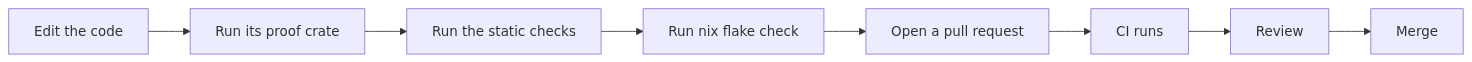
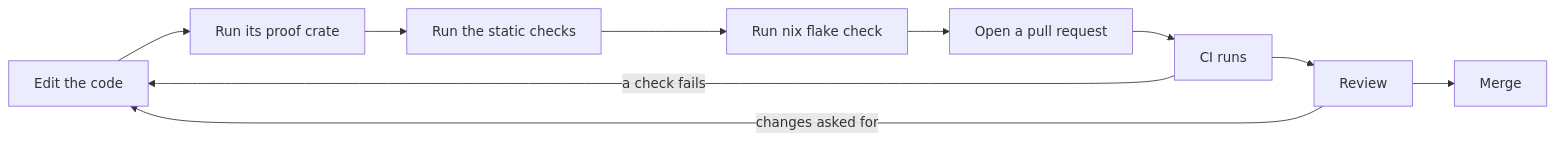
Before and after one commit to NON-OS/microkernel: the diagram in docs/contributing/README.md, drawn with Mermaid. The commit also changed other lines of this file and 4 other files, not shown here.

````diff
--- a/docs/contributing/README.md
+++ b/docs/contributing/README.md
@@ -22,10 +29,12 @@
 ```mermaid
 flowchart LR
     A[Edit the code] --> B[Run its proof crate]
     B --> C[Run the static checks]
     C --> D[Run nix flake check]
     D --> E[Open a pull request]
     E --> F[CI runs]
     F --> G[Review]
     G --> H[Merge]
+    F -- a check fails --> A
+    G -- changes asked for --> A
 ```
````
